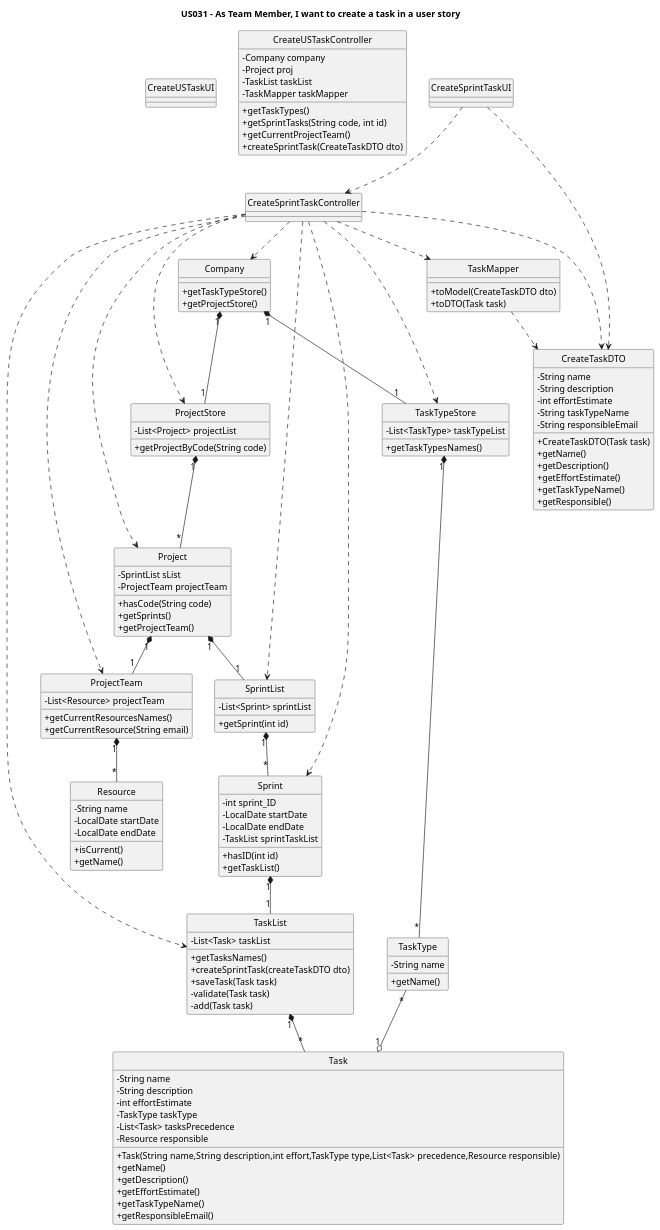
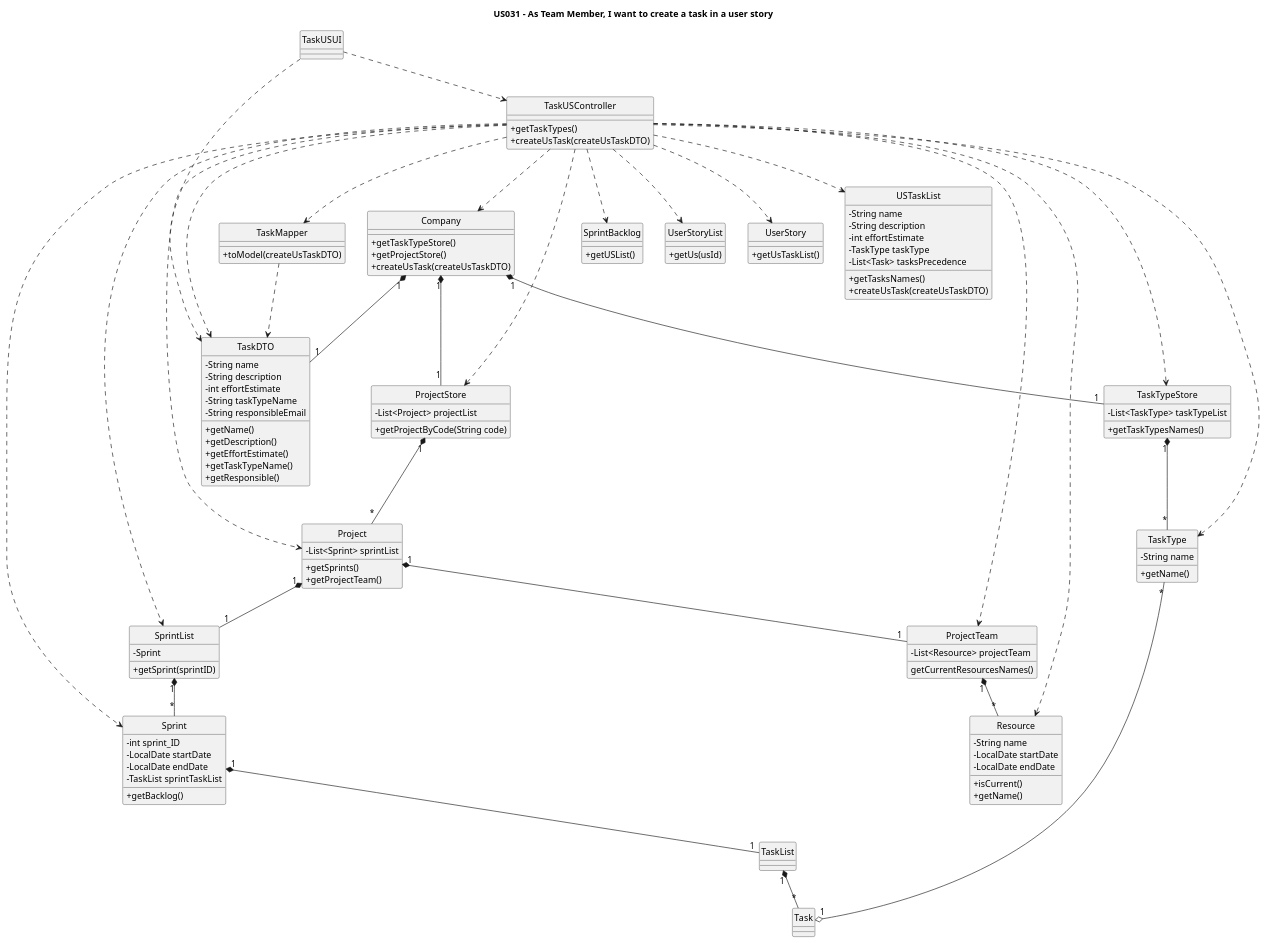
One commit to nunogon1211787/projectManagement changed the diagram in docs/Sprint3/US031/US031-CD.puml. Above: the diagram before and after it, drawn with PlantUML. The commit also changed 6 other files, not shown here.

```diff
--- a/docs/Sprint3/US031/US031-CD.puml
+++ b/docs/Sprint3/US031/US031-CD.puml
@@ -1,158 +1,152 @@
 @startuml
 'https://plantuml.com/class-diagram
 
 skinparam classAttributeIconSize 0
 hide circle
 
 title US031 - As Team Member, I want to create a task in a user story
 
-class CreateUSTaskUI{}
+class TaskUSUI{}
 
-class CreateUSTaskController{
--Company company
--Project proj
--TaskList taskList
--TaskMapper taskMapper
+class TaskUSController{
 +getTaskTypes()
-+getSprintTasks(String code, int id)
-+getCurrentProjectTeam()
-+createSprintTask(CreateTaskDTO dto)
++createUsTask(createUsTaskDTO)
 }
 
 class Company{
 +getTaskTypeStore()
 +getProjectStore()
++createUsTask(createUsTaskDTO)
 }
 
 class TaskTypeStore{
 -List<TaskType> taskTypeList
 +getTaskTypesNames()
 }
 
 class TaskType{
 -String name
 +getName()
 }
 
 class ProjectStore{
 -List<Project> projectList
 +getProjectByCode(String code)
 }
 
 class Project{
--SprintList sList
--ProjectTeam projectTeam
-+hasCode(String code)
+-List<Sprint> sprintList
 +getSprints()
 +getProjectTeam()
 }
 
 class SprintList{
--List<Sprint> sprintList
-+getSprint(int id)
+-Sprint
++getSprint(sprintID)
 }
 
 class Sprint{
 -int sprint_ID
 -LocalDate startDate
 -LocalDate endDate
 -TaskList sprintTaskList
-+hasID(int id)
-+getTaskList()
++getBacklog()
 }
 
-class TaskList{
--List<Task> taskList
-+getTasksNames()
-+createSprintTask(createTaskDTO dto)
-+saveTask(Task task)
--validate(Task task)
--add(Task task)
+class SprintBacklog{
++getUSList()
 }
 
-class Task{
+class UserStoryList {
++getUs(usId)
+}
+
+class UserStory{
++getUsTaskList()
+}
+
+class USTaskList{
 -String name
 -String description
 -int effortEstimate
 -TaskType taskType
 -List<Task> tasksPrecedence
--Resource responsible
-+Task(String name,String description,int effort,TaskType type,List<Task> precedence,Resource responsible)
-+getName()
-+getDescription()
-+getEffortEstimate()
-+getTaskTypeName()
-+getResponsibleEmail()
++getTasksNames()
++createUsTask(createUsTaskDTO)
 }
+
 
 class ProjectTeam{
 -List<Resource> projectTeam
-+getCurrentResourcesNames()
-+getCurrentResource(String email)
+getCurrentResourcesNames()
 }
 
 class Resource{
 -String name
 -LocalDate startDate
 -LocalDate endDate
 +isCurrent()
 +getName()
 }
 
 class TaskMapper{
-+toModel(CreateTaskDTO dto)
-+toDTO(Task task)
++toModel(createUsTaskDTO)
 }
 
-class CreateTaskDTO{
+class TaskDTO{
 -String name
 -String description
 -int effortEstimate
 -String taskTypeName
 -String responsibleEmail
-+CreateTaskDTO(Task task)
 +getName()
 +getDescription()
 +getEffortEstimate()
 +getTaskTypeName()
 +getResponsible()
 }
 
-CreateSprintTaskUI ..> CreateSprintTaskController
-CreateSprintTaskUI ..> CreateTaskDTO
+TaskUSUI ..> TaskUSController
+TaskUSUI ..> TaskDTO
 
-CreateSprintTaskController ..> Company
-CreateSprintTaskController ..> TaskTypeStore
-CreateSprintTaskController ..> ProjectStore
-CreateSprintTaskController ..> Project
-CreateSprintTaskController ..> SprintList
-CreateSprintTaskController ..> Sprint
-CreateSprintTaskController ..> TaskList
-CreateSprintTaskController ..> ProjectTeam
-CreateSprintTaskController ..> TaskMapper
-CreateSprintTaskController ..> CreateTaskDTO
+TaskUSController ..> Company
+TaskUSController ..> TaskTypeStore
+TaskUSController ..> TaskType
+TaskUSController ..> ProjectStore
+TaskUSController ..> Project
+TaskUSController ..> SprintList
+TaskUSController ..> Sprint
+TaskUSController ..> SprintBacklog
+TaskUSController ..> UserStoryList
+TaskUSController ..> UserStory
+TaskUSController ..> USTaskList
+TaskUSController ..> ProjectTeam
+TaskUSController ..> Resource
+TaskUSController ..> TaskMapper
+TaskUSController ..> TaskDTO
 
 
 Company "1" *-- "1" TaskTypeStore
 Company "1" *-- "1" ProjectStore
+Company "1" *-- "1" TaskDTO
 
 TaskTypeStore "1" *-- "*" TaskType
 
 TaskType "*" --o "1" Task
 
 ProjectStore "1" *-- "*" Project
 
 Project "1" *-- "1" SprintList
 Project "1" *-- "1" ProjectTeam
 
 SprintList "1" *-- "*" Sprint
 
 Sprint "1" *-- "1" TaskList
 
 TaskList "1" *-- "*" Task
 
 ProjectTeam "1" *-- "*" Resource
 
-TaskMapper ..> CreateTaskDTO
+TaskMapper ..> TaskDTO
 
 @enduml
```
